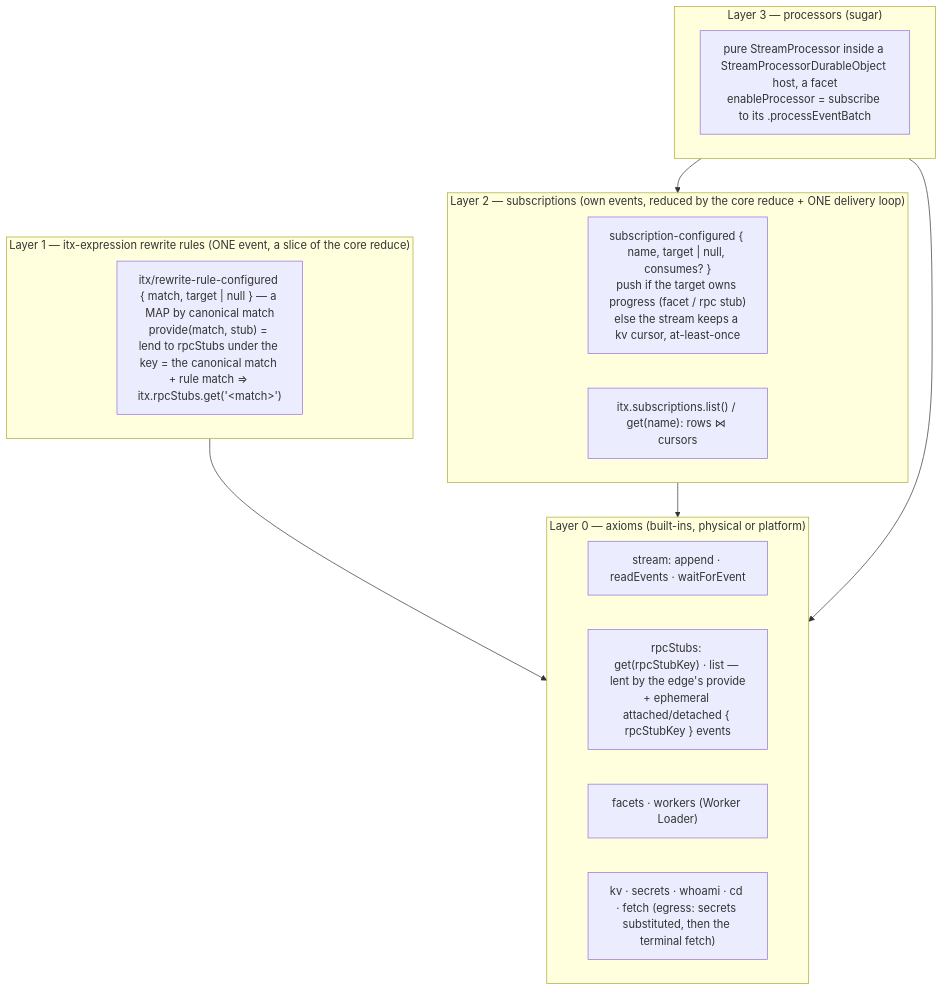
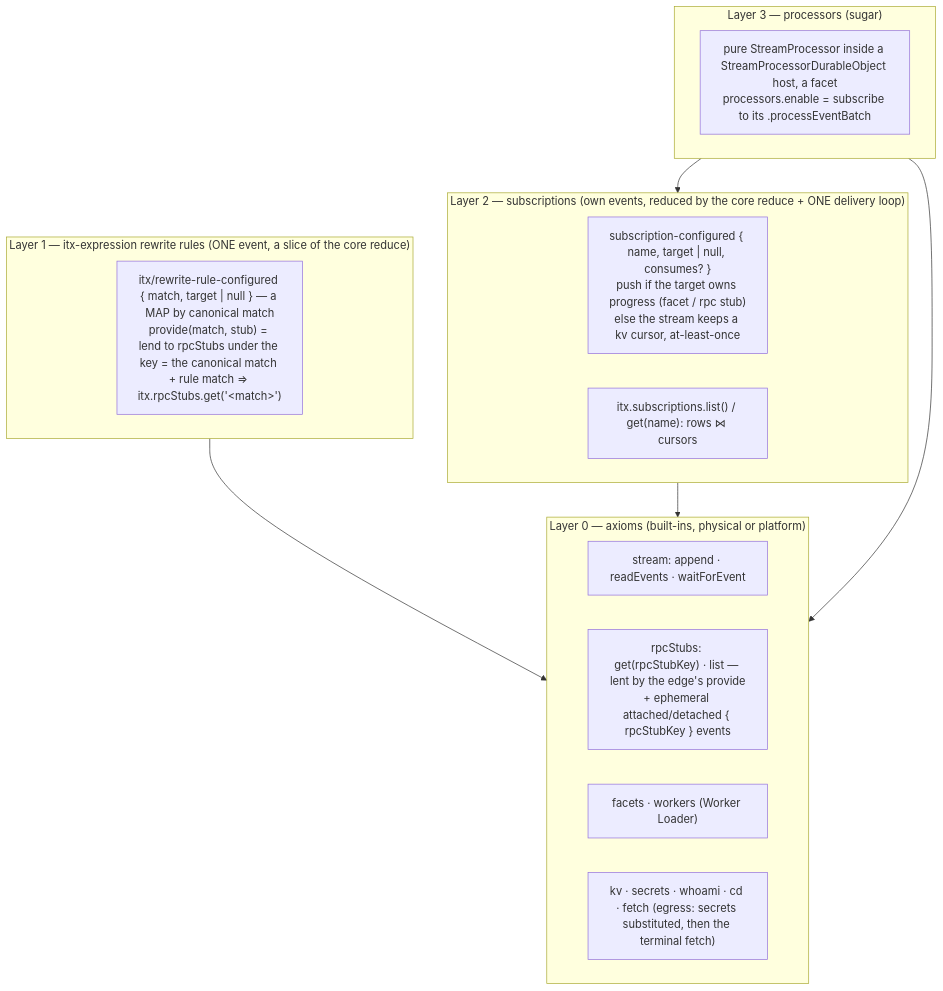
Before and after one commit to iterate/iterate: the diagram in packages/v3/project-worker/docs/design-onion-subscriptions-processors.md, drawn with Mermaid. The commit also changed other lines of this file and 25 other files, not shown here.

First line of the commit message:
Clean-room: itx.run, and enableProcessor/disableProcessor become the itx.processors root

````diff
--- a/packages/v3/project-worker/docs/design-onion-subscriptions-processors.md
+++ b/packages/v3/project-worker/docs/design-onion-subscriptions-processors.md
@@ -48,23 +48,23 @@
 ```mermaid
 flowchart TB
   subgraph L0["Layer 0 — axioms (built-ins, physical or platform)"]
     stream["stream: append · readEvents · waitForEvent"]
     stubs["rpcStubs: get(rpcStubKey) · list — lent by the edge's provide<br/>+ ephemeral attached/detached { rpcStubKey } events"]
     facets["facets · workers (Worker Loader)"]
     misc["kv · secrets · whoami · cd · fetch (egress: secrets substituted, then the terminal fetch)"]
   end
   subgraph L1["Layer 1 — itx-expression rewrite rules (ONE event, a slice of the core reduce)"]
     rule["itx/rewrite-rule-configured { match, target | null } — a MAP by canonical match<br/>provide(match, stub) = lend to rpcStubs under the key = the canonical match + rule match ⇒ itx.rpcStubs.get('&lt;match&gt;')"]
   end
   subgraph L2["Layer 2 — subscriptions (own events, reduced by the core reduce + ONE delivery loop)"]
     sub["subscription-configured { name, target | null, consumes? }<br/>push if the target owns progress (facet / rpc stub)<br/>else the stream keeps a kv cursor, at-least-once"]
     view["itx.subscriptions.list() / get(name): rows ⋈ cursors"]
   end
   subgraph L3["Layer 3 — processors (sugar)"]
-    proc["pure StreamProcessor inside a StreamProcessorDurableObject host, a facet<br/>enableProcessor = subscribe to its .processEventBatch"]
+    proc["pure StreamProcessor inside a StreamProcessorDurableObject host, a facet<br/>processors.enable = subscribe to its .processEventBatch"]
   end
   L1 --> L0
   L2 --> L0
   L3 --> L2
   L3 --> L0
 ```
````
